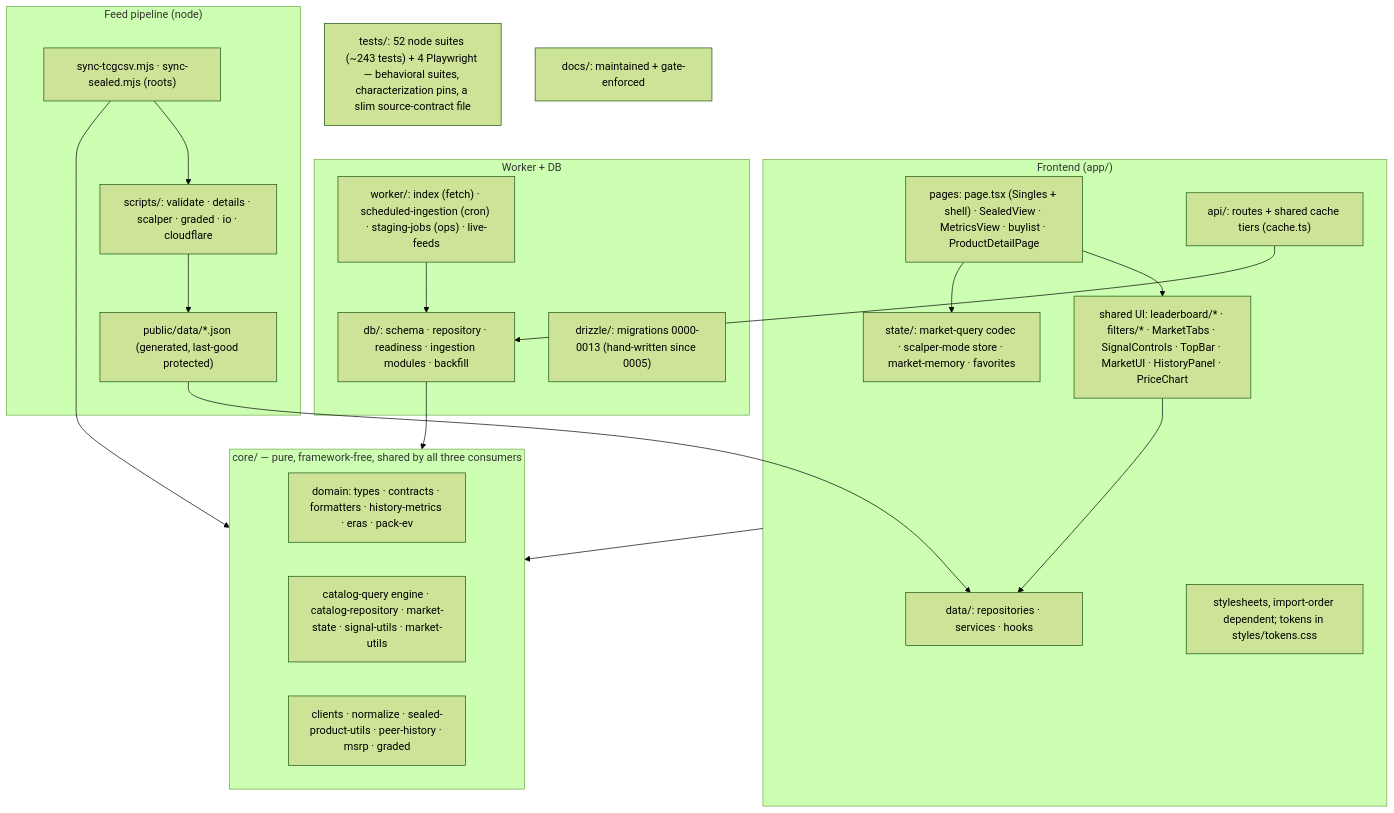
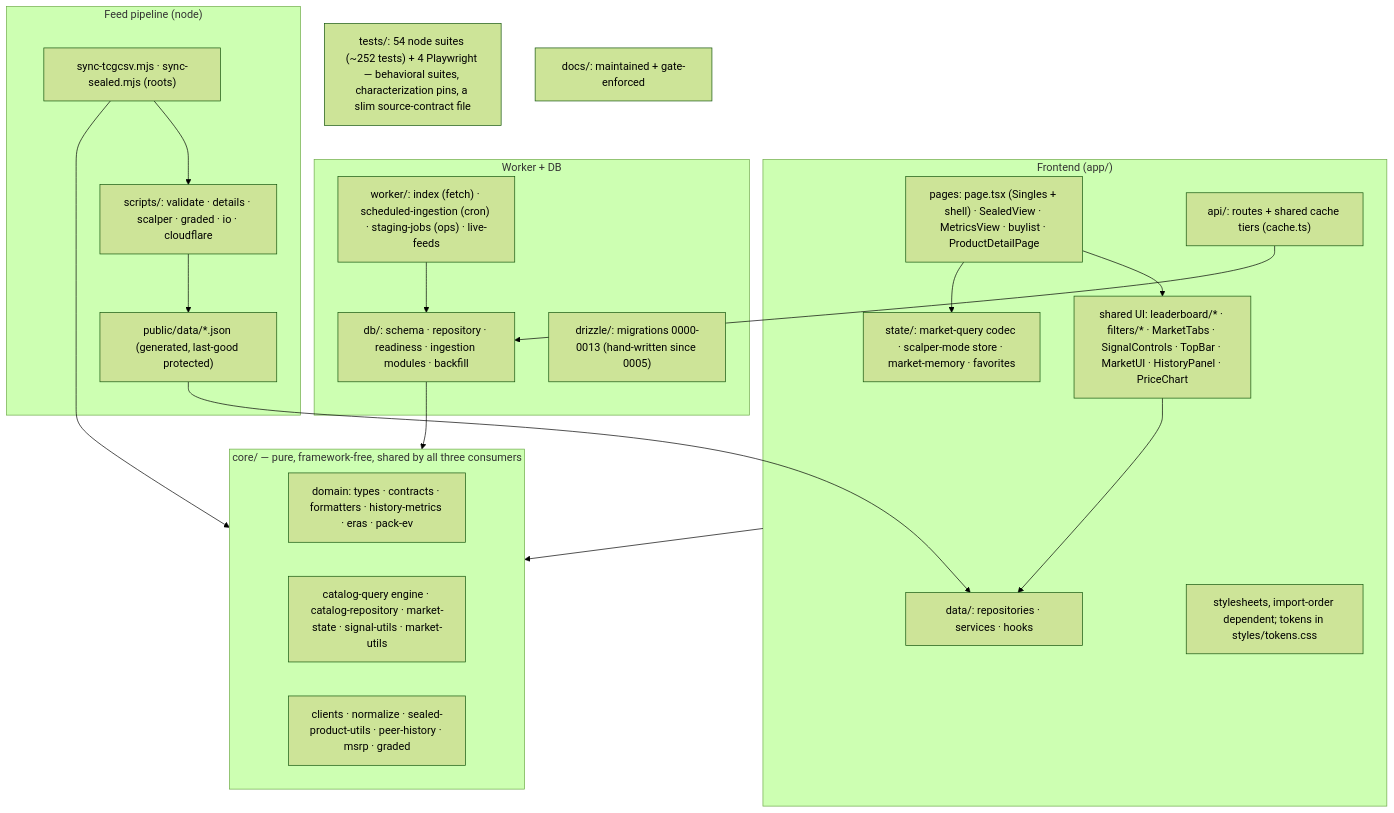
The first of 3 diagrams in docs/helicopter-view.md (cjord/rawsignal), drawn with Mermaid (forest theme) before and after one commit. The commit also changed other lines of this file and 5 other files, not shown here.

````diff
--- a/docs/helicopter-view.md
+++ b/docs/helicopter-view.md
@@ -19,38 +19,38 @@
 ```mermaid
 flowchart TB
   subgraph frontend["Frontend (app/)"]
     pages["pages: page.tsx (Singles + shell) · SealedView · MetricsView · buylist · ProductDetailPage"]
     prims["shared UI: leaderboard/* · filters/* · MarketTabs · SignalControls · TopBar · MarketUI · HistoryPanel · PriceChart"]
     state["state/: market-query codec · scalper-mode store · market-memory · favorites"]
     dataL["data/: repositories · services · hooks"]
     api["api/: routes + shared cache tiers (cache.ts)"]
     css["stylesheets, import-order dependent; tokens in styles/tokens.css"]
   end
   subgraph core["core/ — pure, framework-free, shared by all three consumers"]
     domain["domain: types · contracts · formatters · history-metrics · eras · pack-ev"]
     engine["catalog-query engine · catalog-repository · market-state · signal-utils · market-utils"]
     pipe["clients · normalize · sealed-product-utils · peer-history · msrp · graded"]
   end
   subgraph backend["Worker + DB"]
     worker["worker/: index (fetch) · scheduled-ingestion (cron) · staging-jobs (ops) · live-feeds"]
     db["db/: schema · repository · readiness · ingestion modules · backfill"]
     drizzle["drizzle/: migrations 0000-0013 (hand-written since 0005)"]
   end
   subgraph pipeline["Feed pipeline (node)"]
     sync["sync-tcgcsv.mjs · sync-sealed.mjs (roots)"]
     scripts["scripts/: validate · details · scalper · graded · io · cloudflare"]
     feeds["public/data/*.json (generated, last-good protected)"]
   end
-  tests["tests/: 52 node suites (~243 tests) + 4 Playwright — behavioral suites, characterization pins, a slim source-contract file"]
+  tests["tests/: 54 node suites (~252 tests) + 4 Playwright — behavioral suites, characterization pins, a slim source-contract file"]
   docs["docs/: maintained + gate-enforced"]
 
   pages --> prims --> dataL
   pages --> state
   frontend --> core
   api --> db
   worker --> db
   db --> core
   sync --> scripts --> feeds
   sync --> core
   feeds --> dataL
 ```
````
